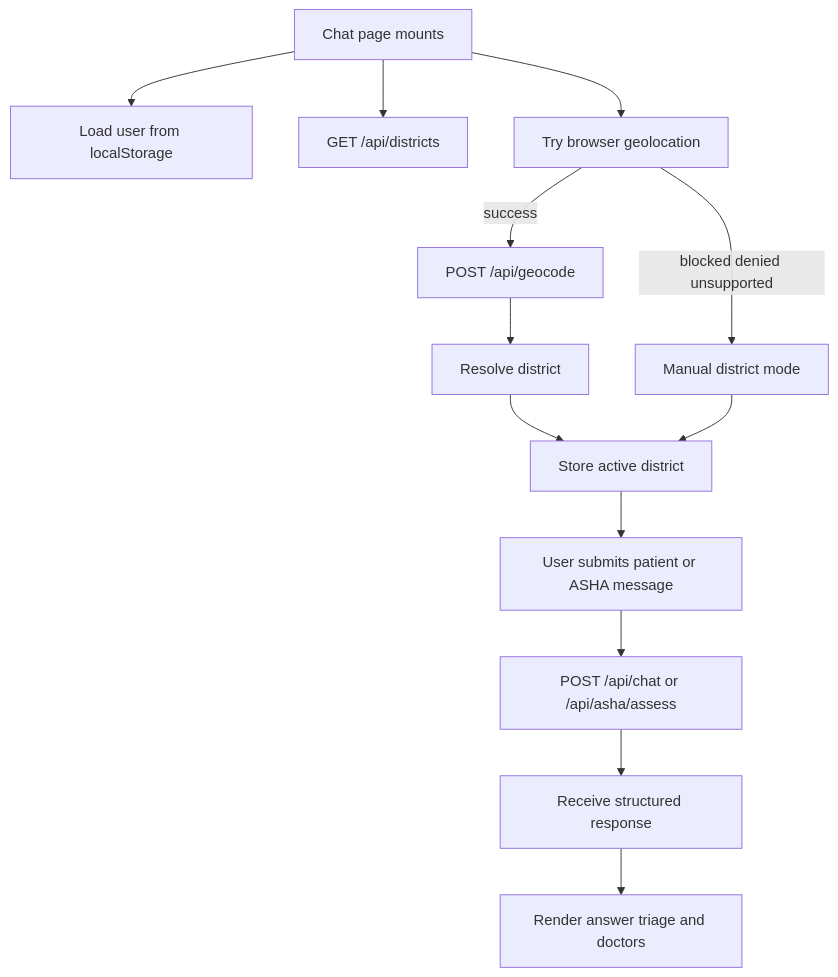
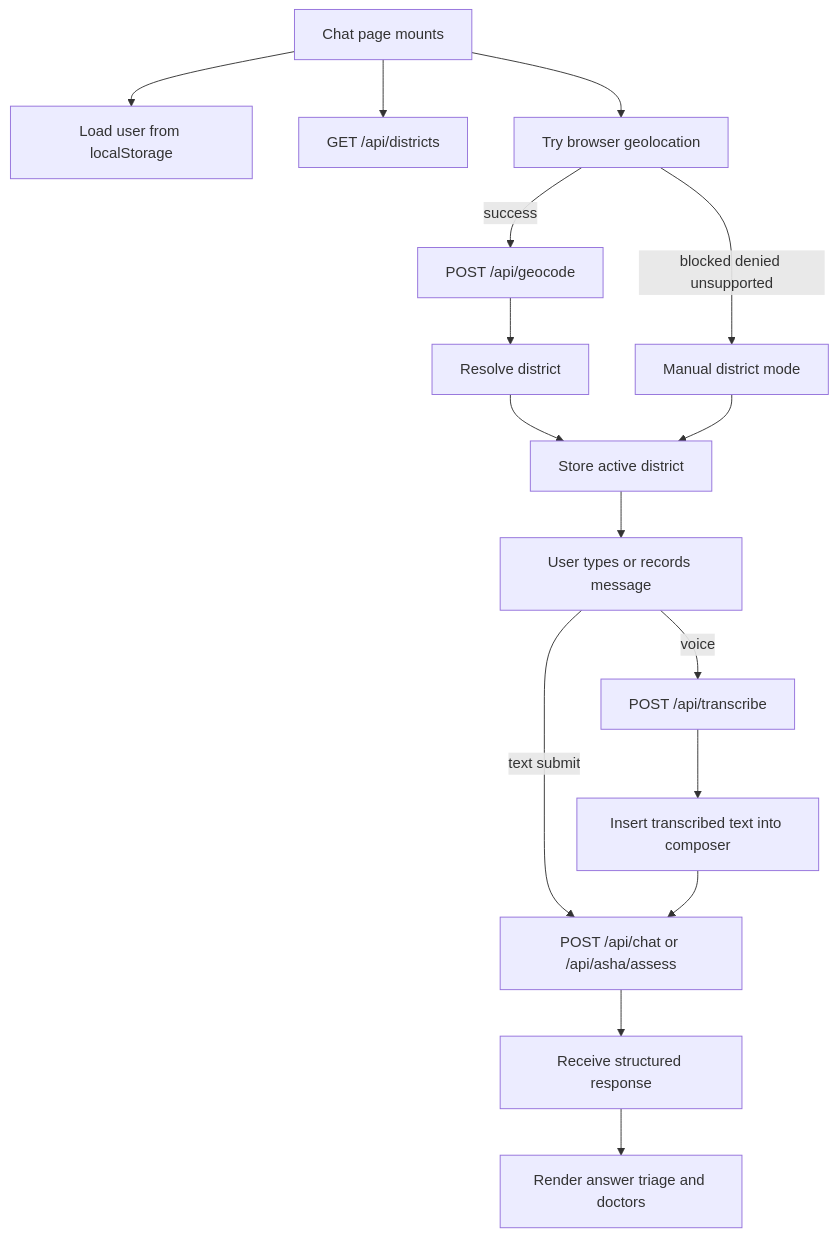
One commit to Parthiv1124/MedMAS changed the second of 7 diagrams in medmas/docs/end-to-end-architecture.md. Above: the diagram before and after it, drawn with Mermaid. The commit also changed other lines of this file and 9 other files, not shown here.

````diff
--- a/medmas/docs/end-to-end-architecture.md
+++ b/medmas/docs/end-to-end-architecture.md
@@ -125,15 +133,18 @@
 ```mermaid
 flowchart TD
     A[Chat page mounts] --> B[Load user from localStorage]
     A --> C[GET /api/districts]
     A --> D[Try browser geolocation]
     D -->|success| E[POST /api/geocode]
     D -->|blocked denied unsupported| F[Manual district mode]
     E --> G[Resolve district]
     G --> H[Store active district]
     F --> H
-    H --> I[User submits patient or ASHA message]
-    I --> J[POST /api/chat or /api/asha/assess]
-    J --> K[Receive structured response]
-    K --> L[Render answer triage and doctors]
+    H --> I[User types or records message]
+    I -->|voice| J[POST /api/transcribe]
+    J --> K[Insert transcribed text into composer]
+    I -->|text submit| L[POST /api/chat or /api/asha/assess]
+    K --> L
+    L --> M[Receive structured response]
+    M --> N[Render answer triage and doctors]
 ```
````
